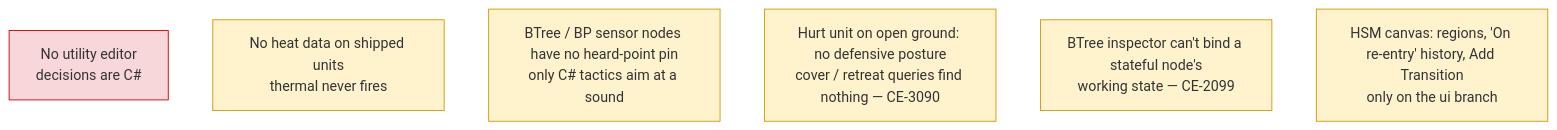
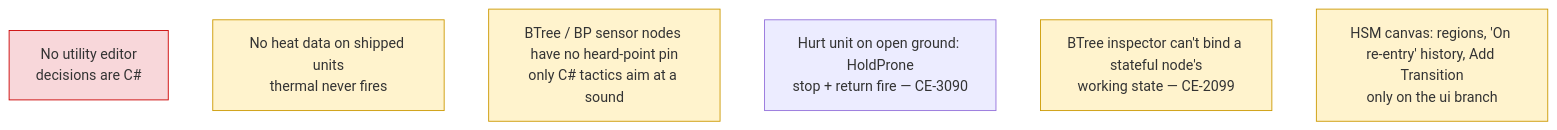
The eighth of 8 diagrams in docs/OVERVIEW_Behaviour_Building_Blocks.md (pjanec/HROT), drawn with Mermaid before and after one commit. The commit also changed 28 other files, not shown here.

First line of the commit message:
feat(posture): HoldProne for a wounded unit with no cover; Flee needs half health (CE-3090)

````diff
--- a/docs/OVERVIEW_Behaviour_Building_Blocks.md
+++ b/docs/OVERVIEW_Behaviour_Building_Blocks.md
@@ -235,11 +235,11 @@
 ```mermaid
 graph TD
   G1["No utility editor<br/>decisions are C#"]:::missing
   G2["No heat data on shipped units<br/>thermal never fires"]:::partial
   G3["BTree / BP sensor nodes have no heard-point pin<br/>only C# tactics aim at a sound"]:::partial
-  G4["Hurt unit on open ground: no defensive posture<br/>cover / retreat queries find nothing — CE-3090"]:::partial
+  G4["Hurt unit on open ground: HoldProne<br/>stop + return fire — CE-3090"]
   G5["BTree inspector can't bind a stateful node's<br/>working state — CE-2099"]:::partial
   G6["HSM canvas: regions, 'On re-entry' history, Add Transition<br/>only on the ui branch"]:::partial
   classDef partial fill:#fff3cd,stroke:#c90
   classDef missing fill:#f8d7da,stroke:#c00
 ```
````
